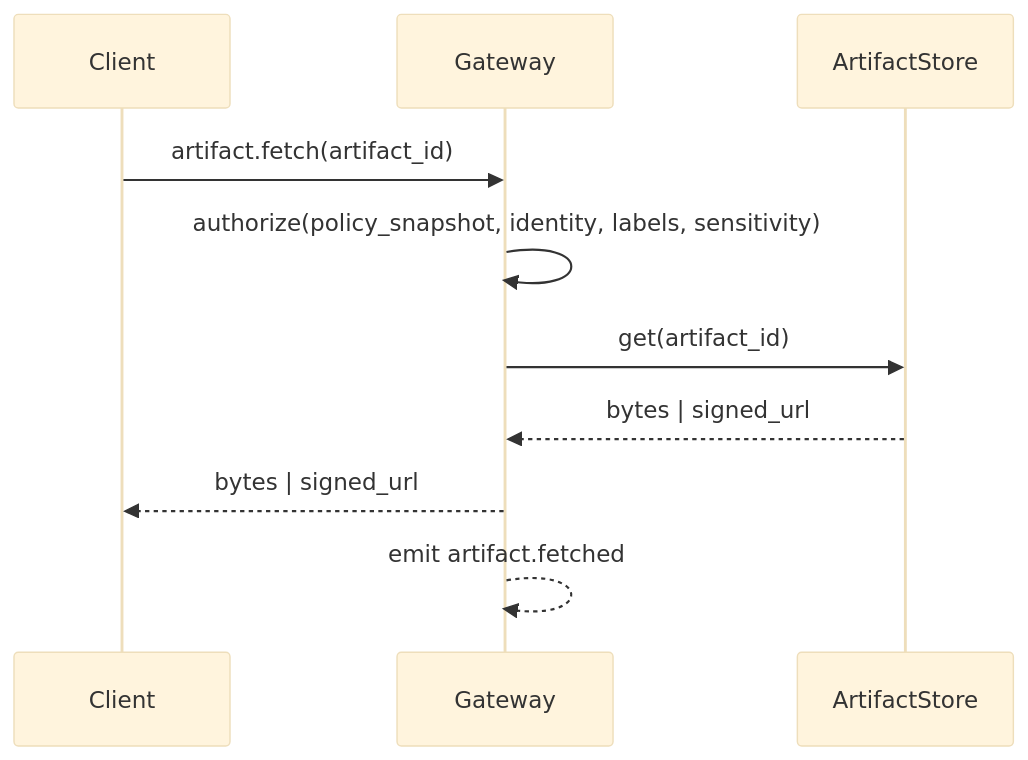
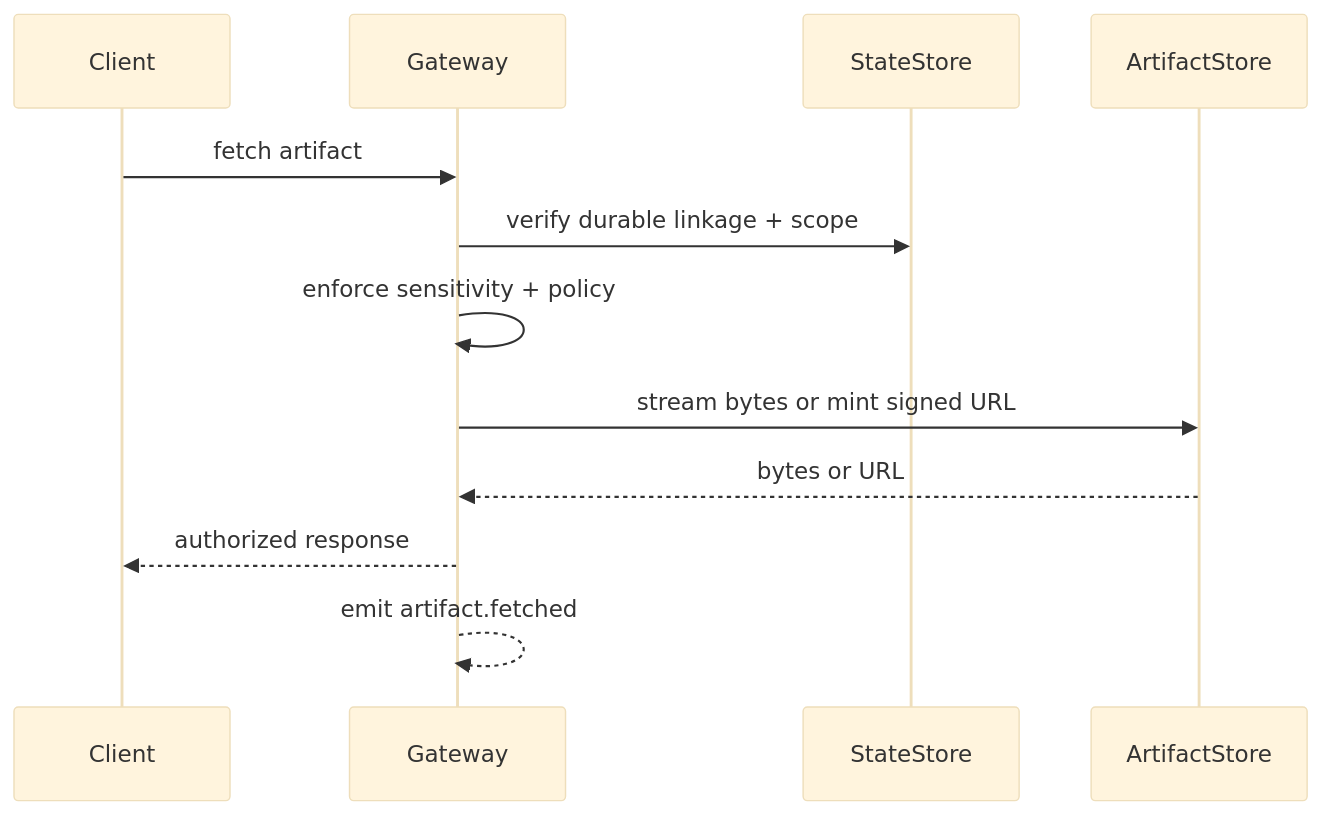
The second of 2 diagrams in docs/architecture/gateway/artifacts.md (tyrumai/tyrum), drawn with Mermaid (base theme) before and after one commit. The commit also changed other lines of this file and 43 other files, not shown here.

First line of the commit message:
docs: rewrite architecture docs phase 2

````diff
--- a/docs/architecture/gateway/artifacts.md
+++ b/docs/architecture/gateway/artifacts.md
@@ -70,13 +48,15 @@
 ```mermaid
 sequenceDiagram
   participant Client
   participant Gateway
+  participant State as StateStore
   participant Store as ArtifactStore
 
-  Client->>Gateway: artifact.fetch(artifact_id)
-  Gateway->>Gateway: authorize(policy_snapshot, identity, labels, sensitivity)
-  Gateway->>Store: get(artifact_id)
-  Store-->>Gateway: bytes | signed_url
-  Gateway-->>Client: bytes | signed_url
+  Client->>Gateway: fetch artifact
+  Gateway->>State: verify durable linkage + scope
+  Gateway->>Gateway: enforce sensitivity + policy
+  Gateway->>Store: stream bytes or mint signed URL
+  Store-->>Gateway: bytes or URL
+  Gateway-->>Client: authorized response
   Gateway-->>Gateway: emit artifact.fetched
 ```
````
